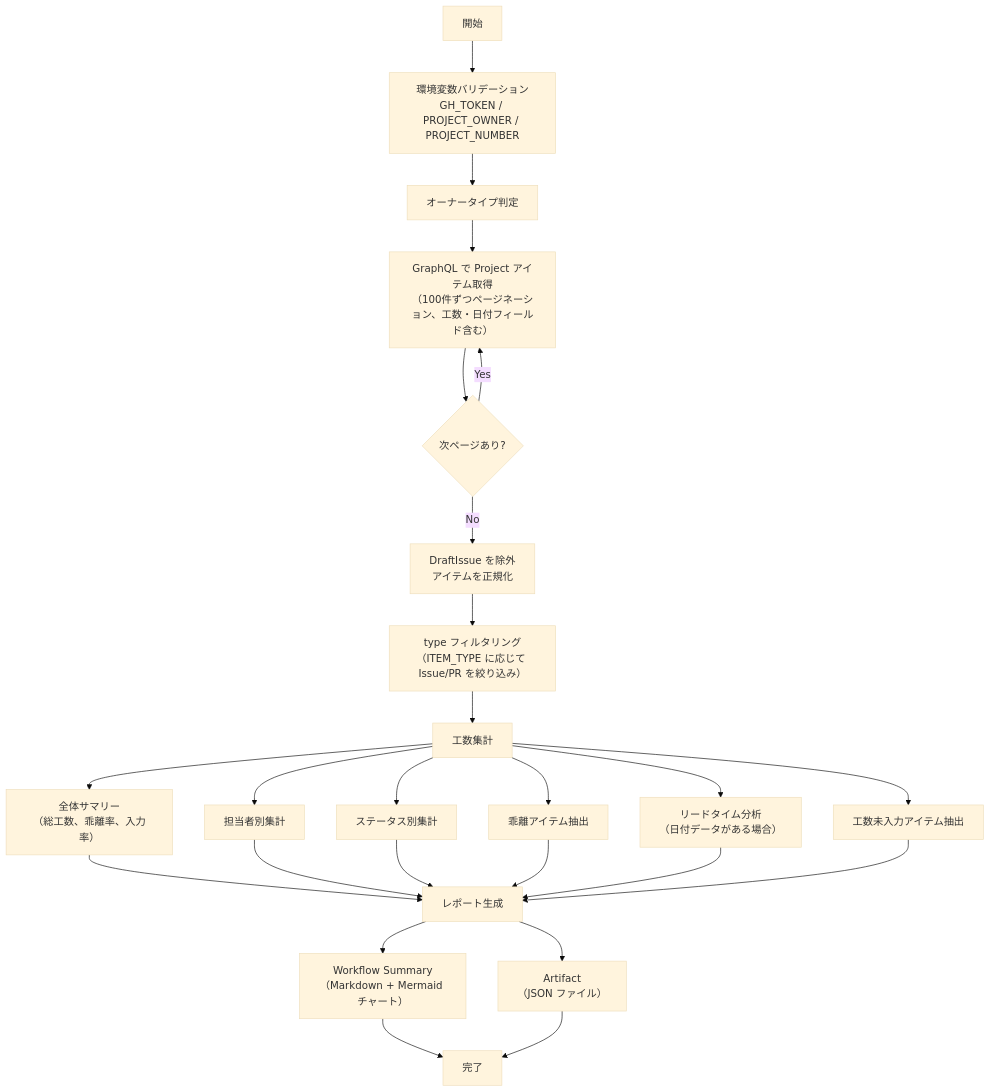
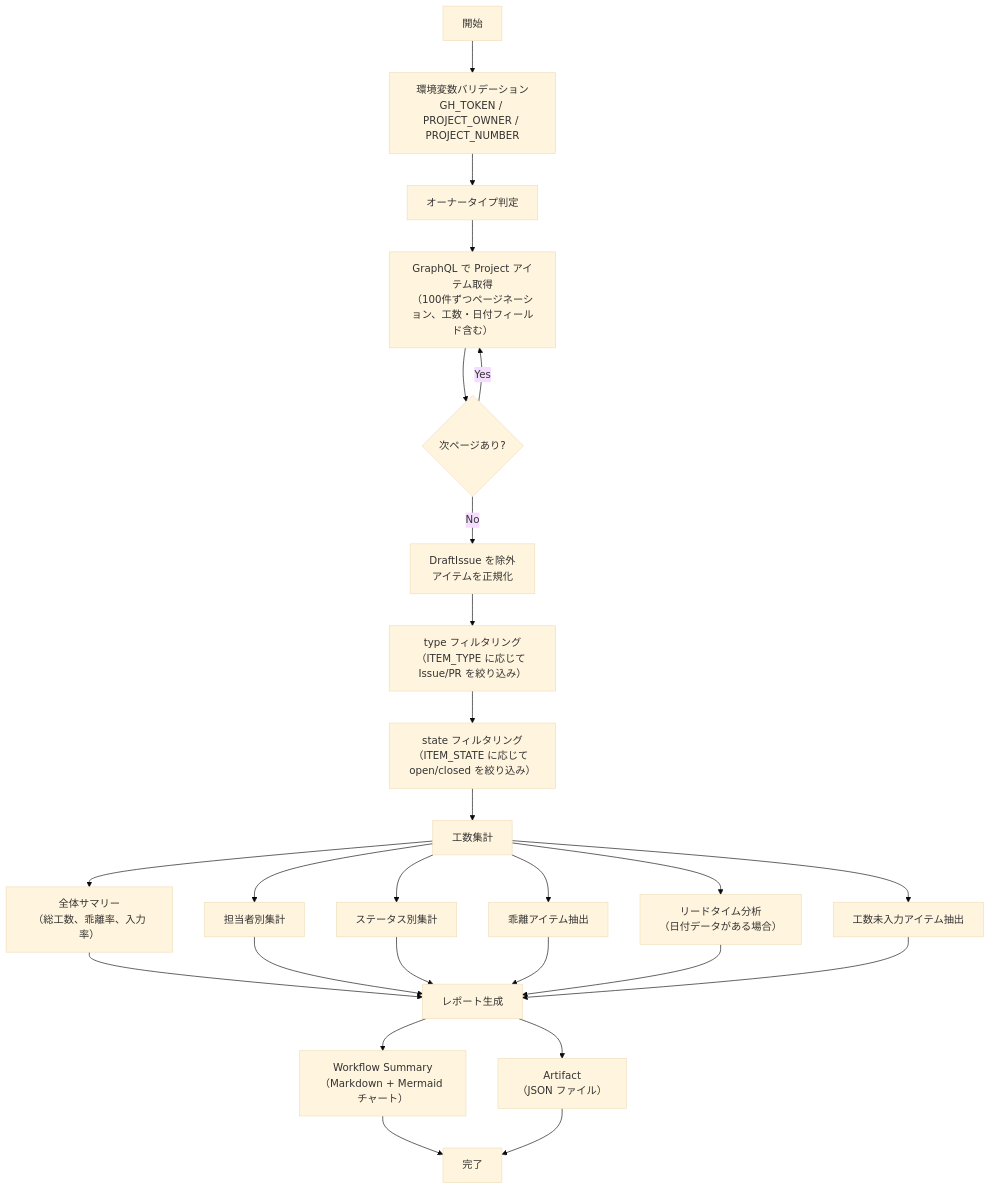
One commit to mabubu0203/github-projects-starter-kit changed the diagram in docs/scripts/generate-effort-report.md. Above: the diagram before and after it, drawn with Mermaid (base theme). The commit also changed other lines of this file and 8 other files, not shown here.

````diff
--- a/docs/scripts/generate-effort-report.md
+++ b/docs/scripts/generate-effort-report.md
@@ -48,22 +49,23 @@
 ```mermaid
 flowchart TD
     A["開始"] --> B["環境変数バリデーション\nGH_TOKEN / PROJECT_OWNER / PROJECT_NUMBER"]
     B --> C["オーナータイプ判定"]
     C --> D["GraphQL で Project アイテム取得\n（100件ずつページネーション、工数・日付フィールド含む）"]
     D --> E{"次ページあり?"}
     E -- "Yes" --> D
     E -- "No" --> F["DraftIssue を除外\nアイテムを正規化"]
 
     F --> F2["type フィルタリング\n（ITEM_TYPE に応じて Issue/PR を絞り込み）"]
-    F2 --> G["工数集計"]
+    F2 --> F3["state フィルタリング\n（ITEM_STATE に応じて open/closed を絞り込み）"]
+    F3 --> G["工数集計"]
     G --> G1["全体サマリー\n（総工数、乖離率、入力率）"]
     G --> G2["担当者別集計"]
     G --> G3["ステータス別集計"]
     G --> G4["乖離アイテム抽出"]
     G --> G5["リードタイム分析\n（日付データがある場合）"]
     G --> G6["工数未入力アイテム抽出"]
     G1 & G2 & G3 & G4 & G5 & G6 --> H["レポート生成"]
     H --> I["Workflow Summary\n（Markdown + Mermaid チャート）"]
     H --> J["Artifact\n（JSON ファイル）"]
     I & J --> K["完了"]
 ```
````
